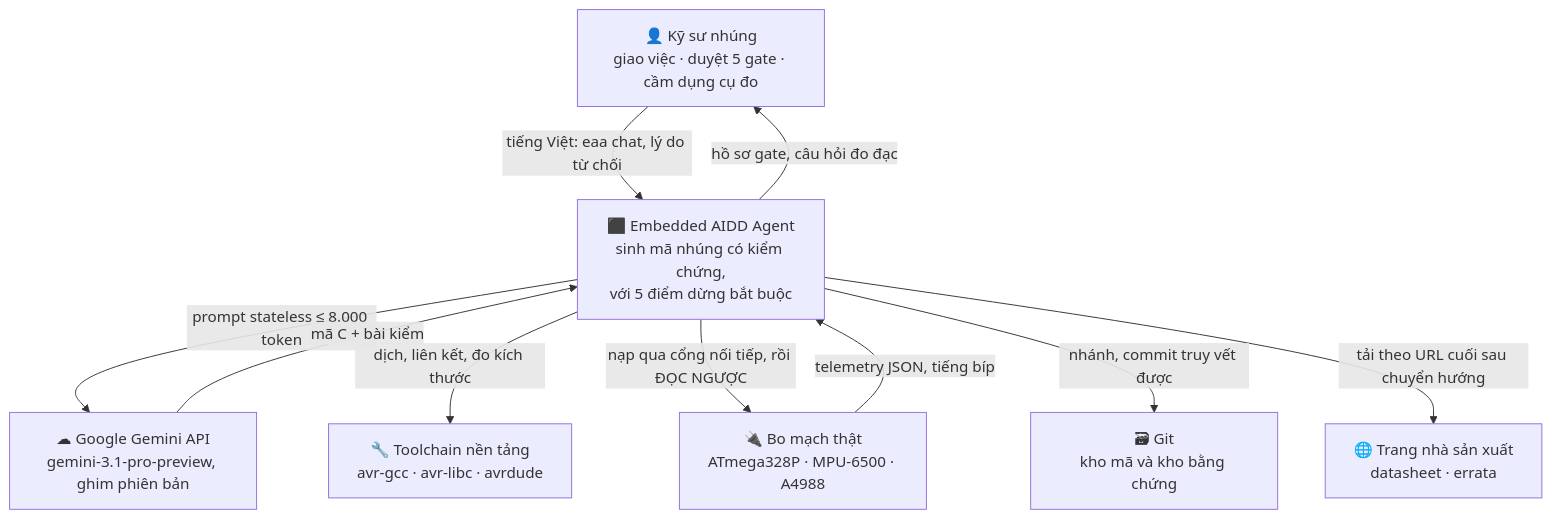
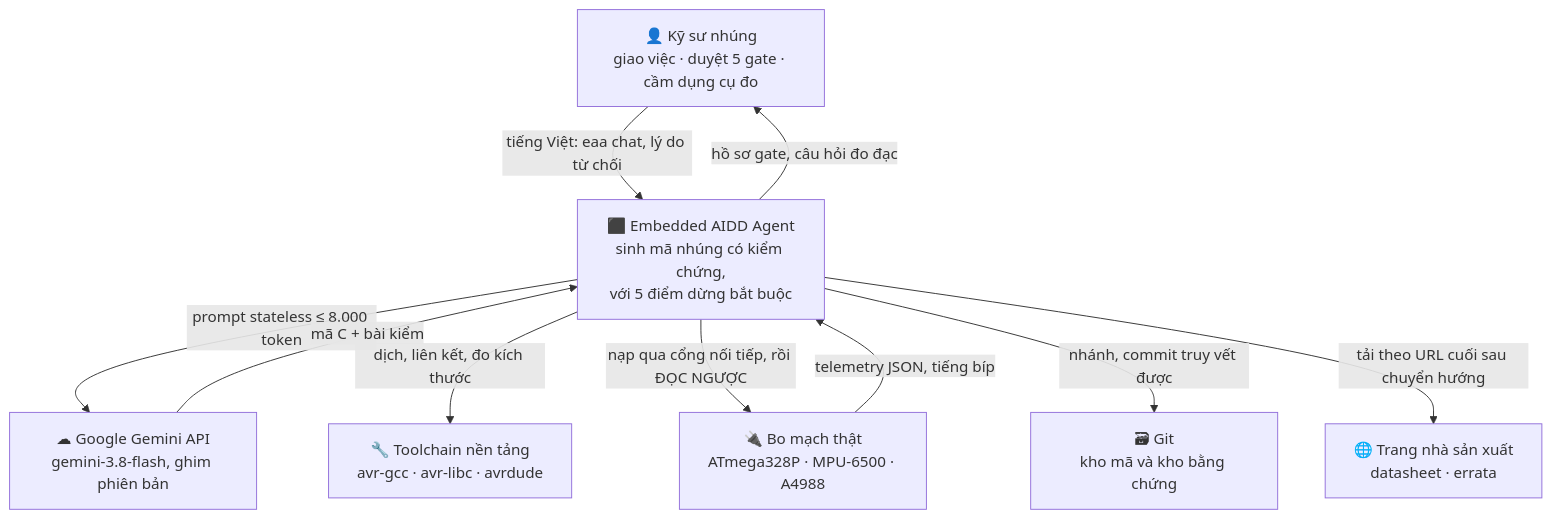
The first of 3 diagrams in README.md (mobiluckvn/Agent), drawn with Mermaid before and after one commit. The commit also changed other lines of this file and 9 other files, not shown here.

First line of the commit message:
Đổi mô hình nền sang gemini-3.8-flash, và token ra thiếu phần suy nghĩ (SL-170)

````diff
--- a/README.md
+++ b/README.md
@@ -34,20 +34,20 @@
 ```mermaid
 graph TB
     KS["👤 Kỹ sư nhúng<br/>giao việc · duyệt 5 gate · cầm dụng cụ đo"]
     EAA["⬛ Embedded AIDD Agent<br/>sinh mã nhúng có kiểm chứng,<br/>với 5 điểm dừng bắt buộc"]
-    LLM["☁ Google Gemini API<br/>gemini-3.1-pro-preview, ghim phiên bản"]
+    LLM["☁ Google Gemini API<br/>gemini-3.8-flash, ghim phiên bản"]
     TC["🔧 Toolchain nền tảng<br/>avr-gcc · avr-libc · avrdude"]
     BO["🔌 Bo mạch thật<br/>ATmega328P · MPU-6500 · A4988"]
     GIT["🗃 Git<br/>kho mã và kho bằng chứng"]
     WEB["🌐 Trang nhà sản xuất<br/>datasheet · errata"]
 
     KS -->|"tiếng Việt: eaa chat, lý do từ chối"| EAA
     EAA -->|"hồ sơ gate, câu hỏi đo đạc"| KS
     EAA -->|"prompt stateless ≤ 8.000 token"| LLM
     LLM -->|"mã C + bài kiểm"| EAA
     EAA -->|"dịch, liên kết, đo kích thước"| TC
     EAA -->|"nạp qua cổng nối tiếp, rồi ĐỌC NGƯỢC"| BO
     BO -->|"telemetry JSON, tiếng bíp"| EAA
     EAA -->|"nhánh, commit truy vết được"| GIT
     EAA -->|"tải theo URL cuối sau chuyển hướng"| WEB
 ```
````
